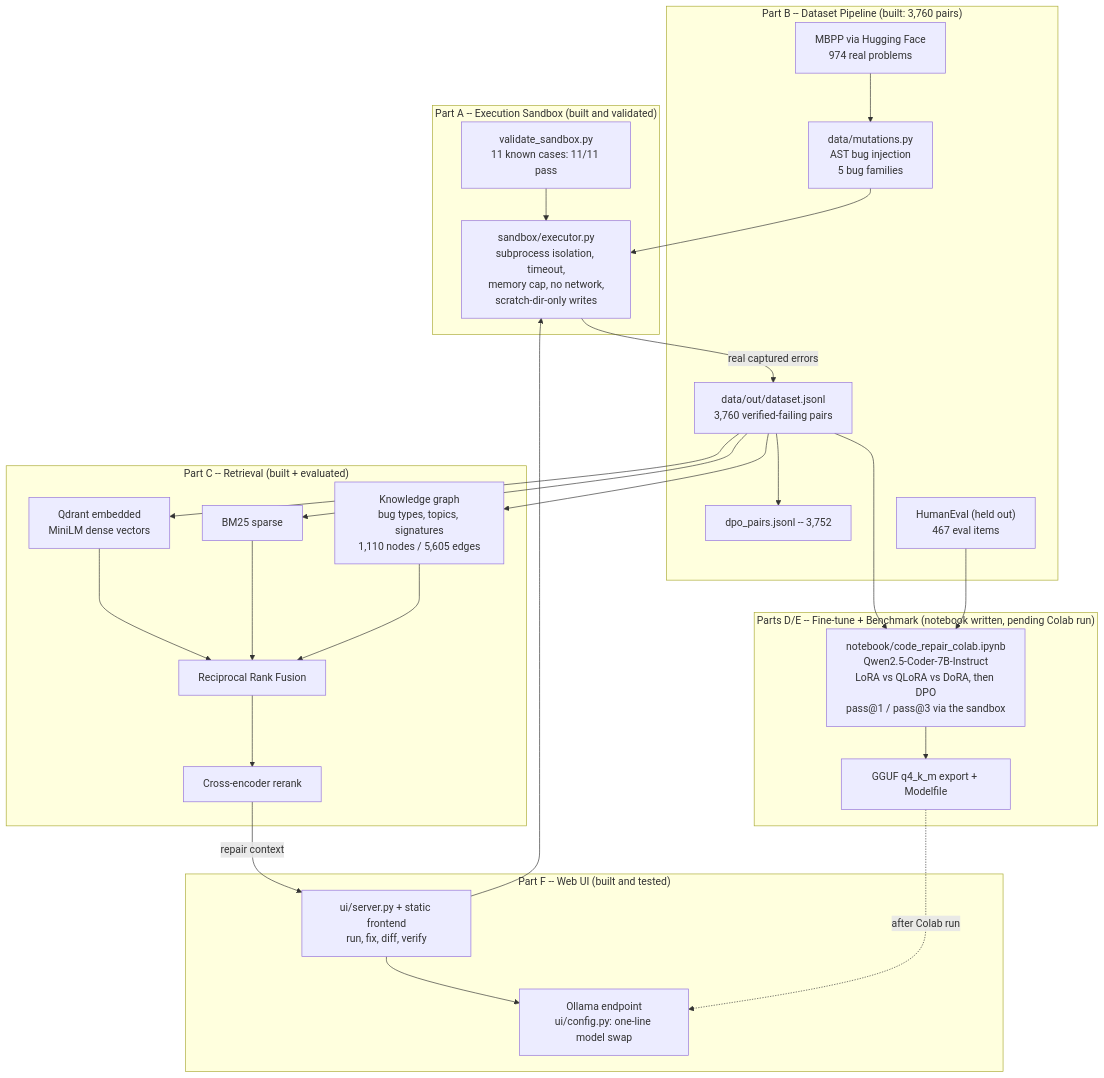
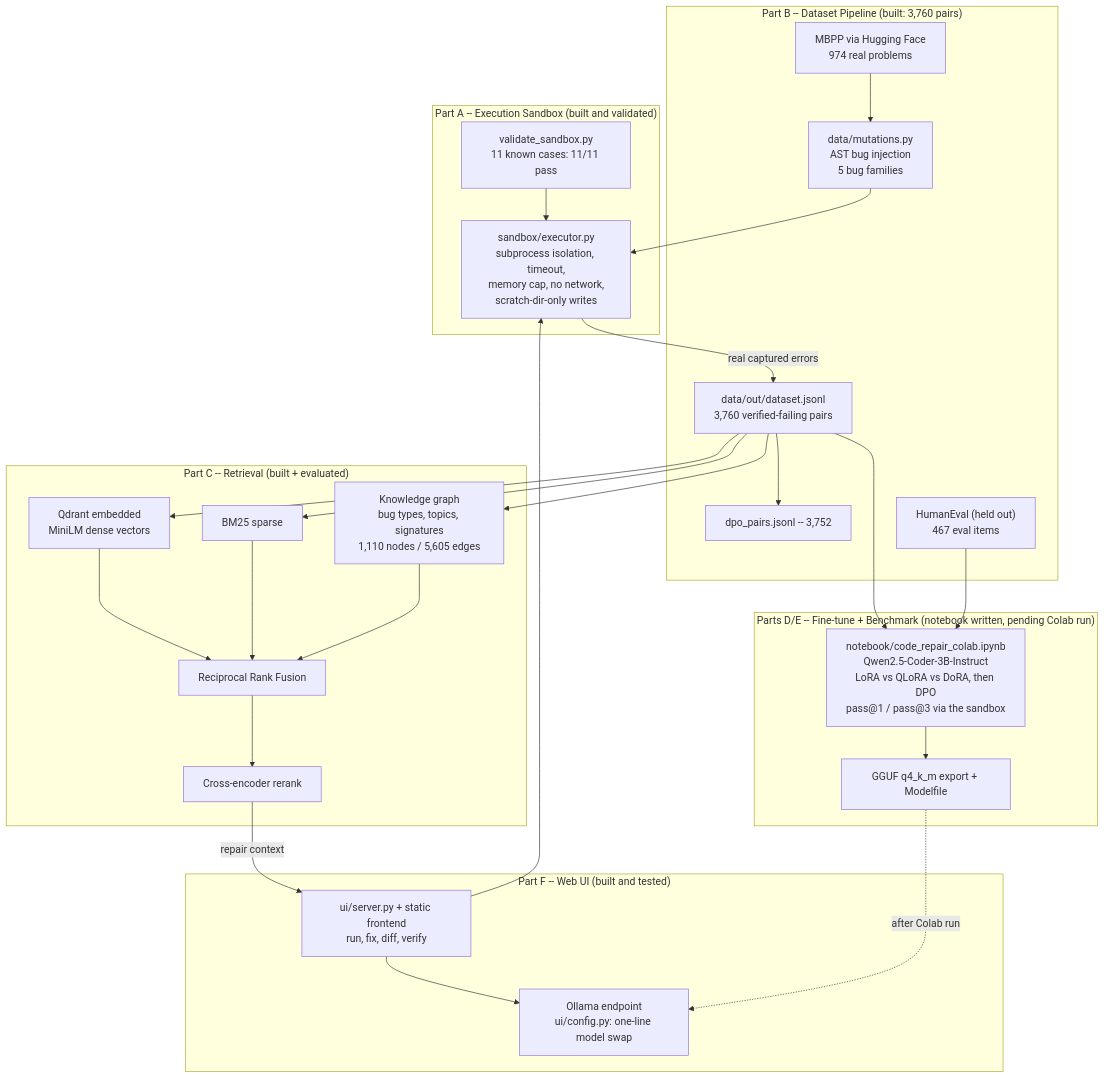
Before and after one commit to Shiva250503ss/Code-Repair: the diagram in README.md, drawn with Mermaid. The commit also changed other lines of this file and 3 other files, not shown here.

Commit message:
Switch notebook base model to Qwen2.5-Coder-3B for time; add interview prep script

````diff
--- a/README.md
+++ b/README.md
@@ -16,46 +16,46 @@
 ```mermaid
 flowchart TB
     subgraph A["Part A -- Execution Sandbox (built and validated)"]
         SBX["sandbox/executor.py<br/>subprocess isolation, timeout,<br/>memory cap, no network,<br/>scratch-dir-only writes"]
         VAL["validate_sandbox.py<br/>11 known cases: 11/11 pass"]
         VAL --> SBX
     end
 
     subgraph B["Part B -- Dataset Pipeline (built: 3,760 pairs)"]
         MBPP["MBPP via Hugging Face<br/>974 real problems"]
         MUT["data/mutations.py<br/>AST bug injection<br/>5 bug families"]
         DS["data/out/dataset.jsonl<br/>3,760 verified-failing pairs"]
         DPO["dpo_pairs.jsonl -- 3,752"]
         HE["HumanEval (held out)<br/>467 eval items"]
         MBPP --> MUT --> SBX
         SBX -->|real captured errors| DS
         DS --> DPO
     end
 
     subgraph C["Part C -- Retrieval (built + evaluated)"]
         DENSE["Qdrant embedded<br/>MiniLM dense vectors"]
         BM25["BM25 sparse"]
         RRF["Reciprocal Rank Fusion"]
         KG["Knowledge graph<br/>bug types, topics, signatures<br/>1,110 nodes / 5,605 edges"]
         CE["Cross-encoder rerank"]
         DS --> DENSE & BM25 & KG
         DENSE & BM25 & KG --> RRF --> CE
     end
 
     subgraph D["Parts D/E -- Fine-tune + Benchmark (notebook written, pending Colab run)"]
-        NB["notebook/code_repair_colab.ipynb<br/>Qwen2.5-Coder-7B-Instruct<br/>LoRA vs QLoRA vs DoRA, then DPO<br/>pass@1 / pass@3 via the sandbox"]
+        NB["notebook/code_repair_colab.ipynb<br/>Qwen2.5-Coder-3B-Instruct<br/>LoRA vs QLoRA vs DoRA, then DPO<br/>pass@1 / pass@3 via the sandbox"]
         GGUF["GGUF q4_k_m export + Modelfile"]
         DS --> NB
         HE --> NB
         NB --> GGUF
     end
 
     subgraph F["Part F -- Web UI (built and tested)"]
         UI["ui/server.py + static frontend<br/>run, fix, diff, verify"]
         OLL["Ollama endpoint<br/>ui/config.py: one-line model swap"]
         UI --> OLL
         UI --> SBX
         CE -->|repair context| UI
         GGUF -.->|after Colab run| OLL
     end
 ```
````
